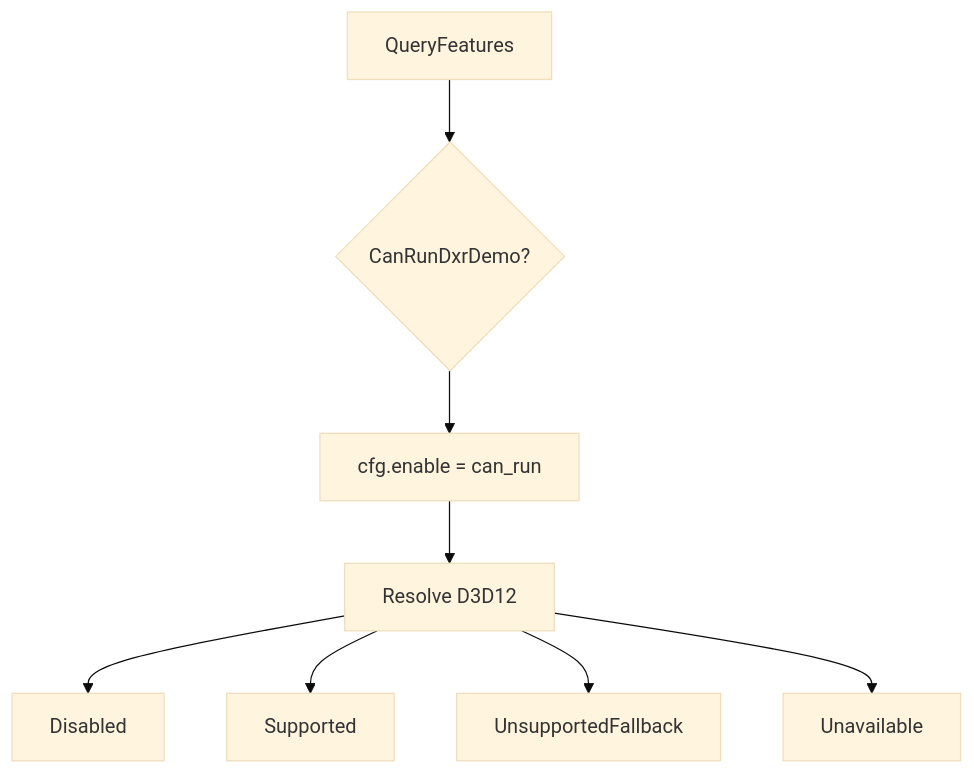
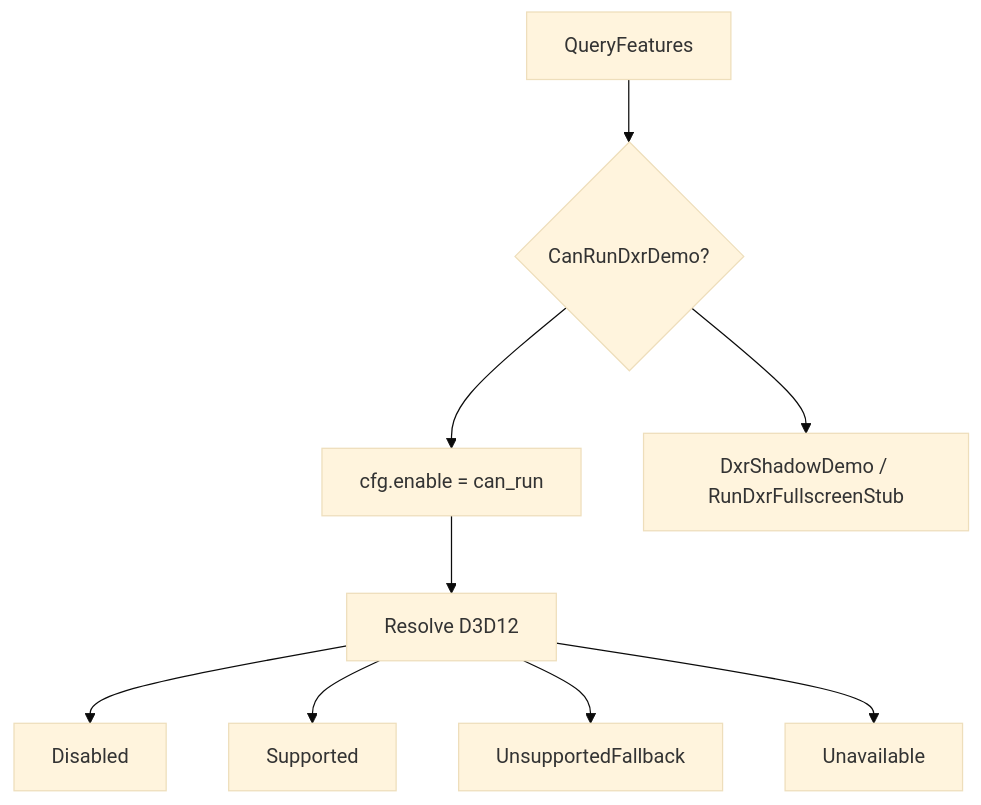
The diagram in render_engine/samples/learn/19_dxr_intro/README.md (PeerlessWan/render_demo), drawn with Mermaid (base theme) before and after one commit. The commit also changed other lines of this file and 53 other files, not shown here.

````diff
--- a/render_engine/samples/learn/19_dxr_intro/README.md
+++ b/render_engine/samples/learn/19_dxr_intro/README.md
@@ -100,10 +107,11 @@
 ```mermaid
 flowchart TD
   Q[QueryFeatures] --> C{CanRunDxrDemo?}
   C --> E[cfg.enable = can_run]
   E --> R[Resolve D3D12]
   R --> D[Disabled]
   R --> S[Supported]
   R --> F[UnsupportedFallback]
   R --> U[Unavailable]
+  C --> Stub[DxrShadowDemo / RunDxrFullscreenStub]
 ```
````
